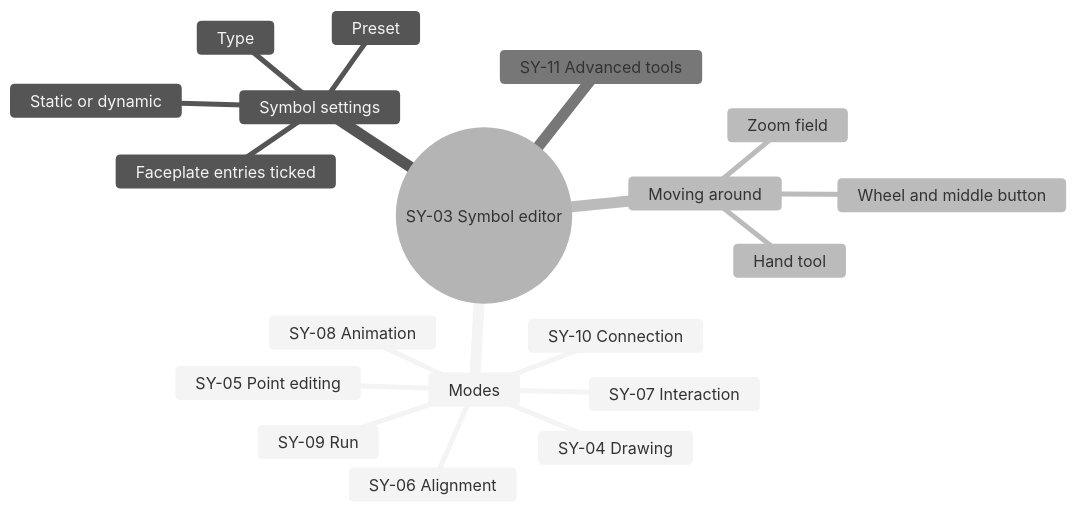
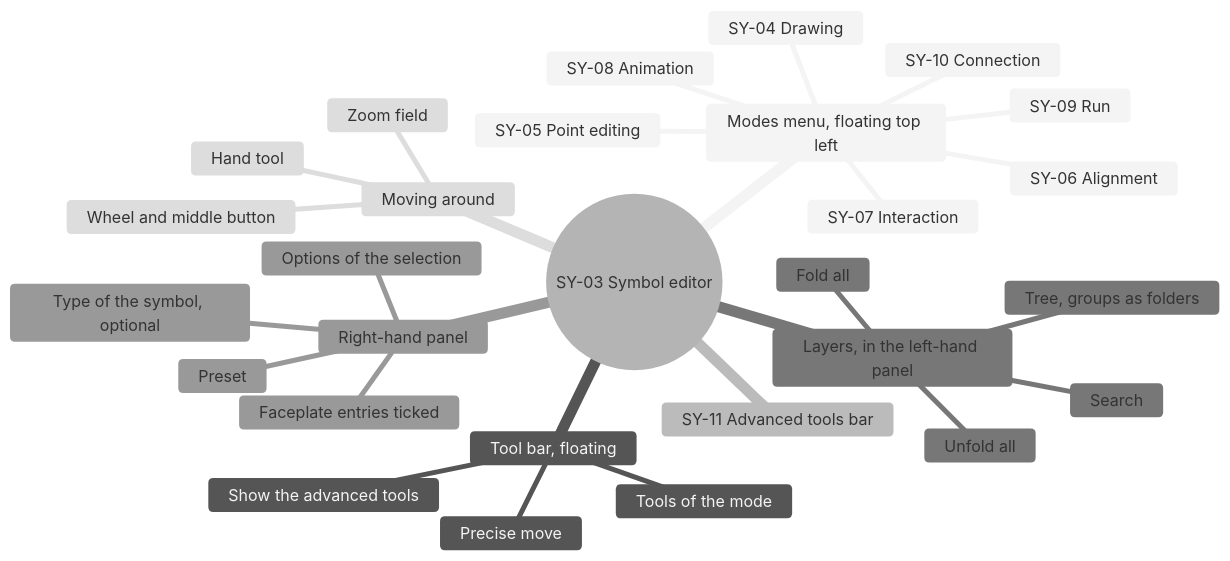
The fifth of 13 diagrams in screens/symbols.md (AlexandreGallais/synoptic-studio-spec), drawn with Mermaid (neutral theme) before and after one commit. The commit also changed other lines of this file and 23 other files, not shown here.

````diff
--- a/screens/symbols.md
+++ b/screens/symbols.md
@@ -85,22 +103,31 @@
 ```mermaid
 mindmap
   root((SY-03 Symbol editor))
-    Modes
+    Modes menu, floating top left
       SY-04 Drawing
       SY-05 Point editing
       SY-06 Alignment
       SY-07 Interaction
       SY-08 Animation
       SY-09 Run
       SY-10 Connection
-    Symbol settings
-      Static or dynamic
-      Type
+    Tool bar, floating
+      Tools of the mode
+      Show the advanced tools
+      Precise move
+    SY-11 Advanced tools bar
+    Layers, in the left-hand panel
+      Search
+      Unfold all
+      Fold all
+      Tree, groups as folders
+    Right-hand panel
+      Options of the selection
+      Type of the symbol, optional
       Preset
       Faceplate entries ticked
     Moving around
       Hand tool
       Wheel and middle button
       Zoom field
-    SY-11 Advanced tools
 ```
````
